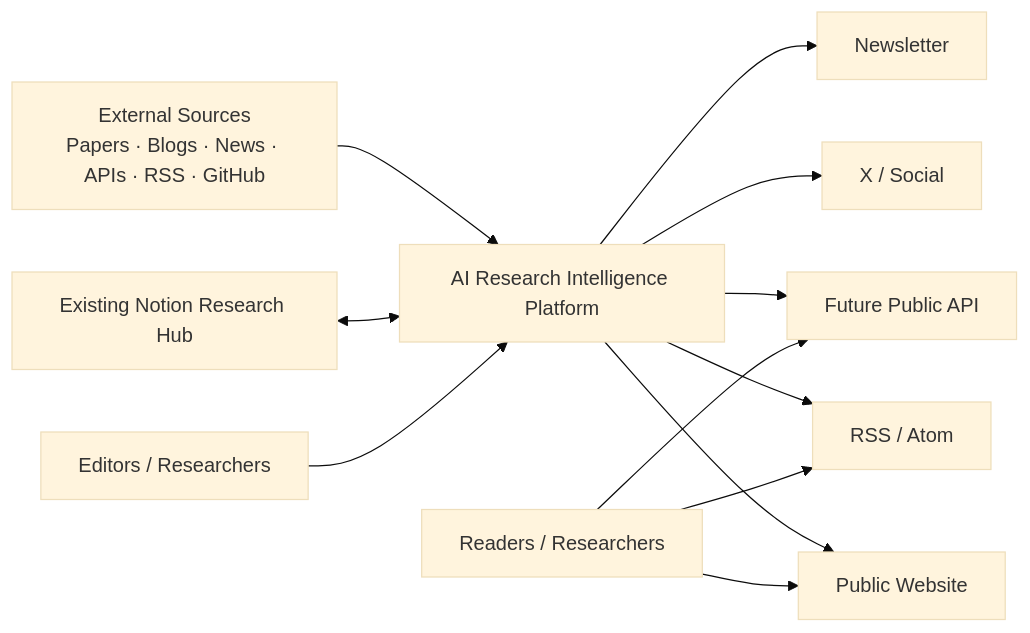
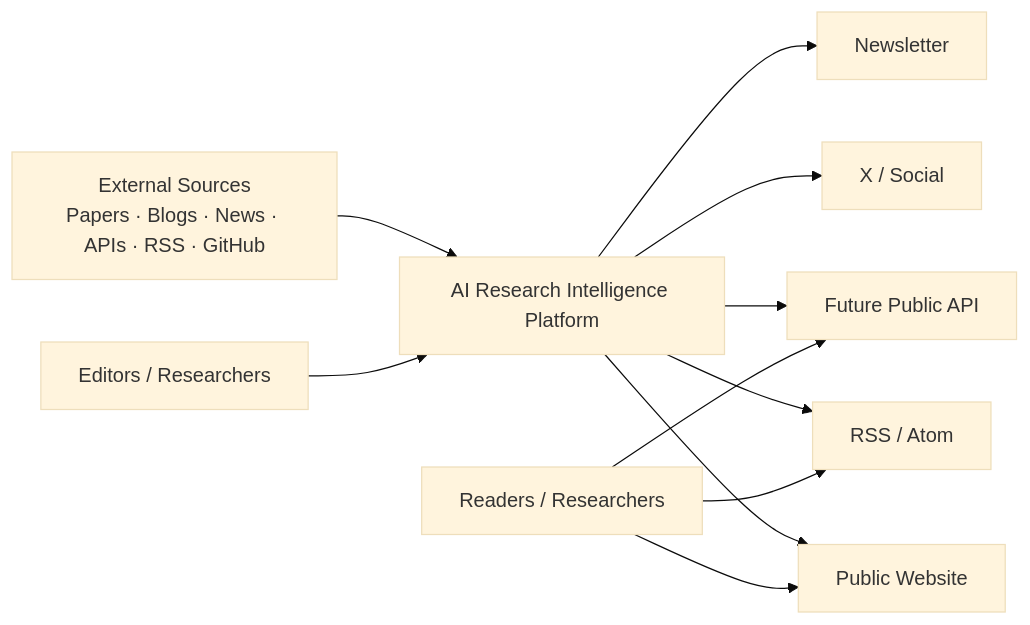
Before and after one commit to SynthesisWire/ai-news-platform: the diagram in docs/architecture/01-system-context.md, drawn with Mermaid (base theme). The commit also changed other lines of this file and 20 other files, not shown here.

````diff
--- a/docs/architecture/01-system-context.md
+++ b/docs/architecture/01-system-context.md
@@ -3,14 +3,13 @@
 ```mermaid
 flowchart LR
     Sources[External Sources\nPapers · Blogs · News · APIs · RSS · GitHub] --> Platform[AI Research Intelligence Platform]
-    Notion[Existing Notion Research Hub] <--> Platform
     Editors[Editors / Researchers] --> Platform
     Platform --> Web[Public Website]
     Platform --> RSS[RSS / Atom]
     Platform --> X[X / Social]
     Platform --> Newsletter[Newsletter]
     Platform --> PublicAPI[Future Public API]
     Readers[Readers / Researchers] --> Web
     Readers --> RSS
     Readers --> PublicAPI
 ```
````
